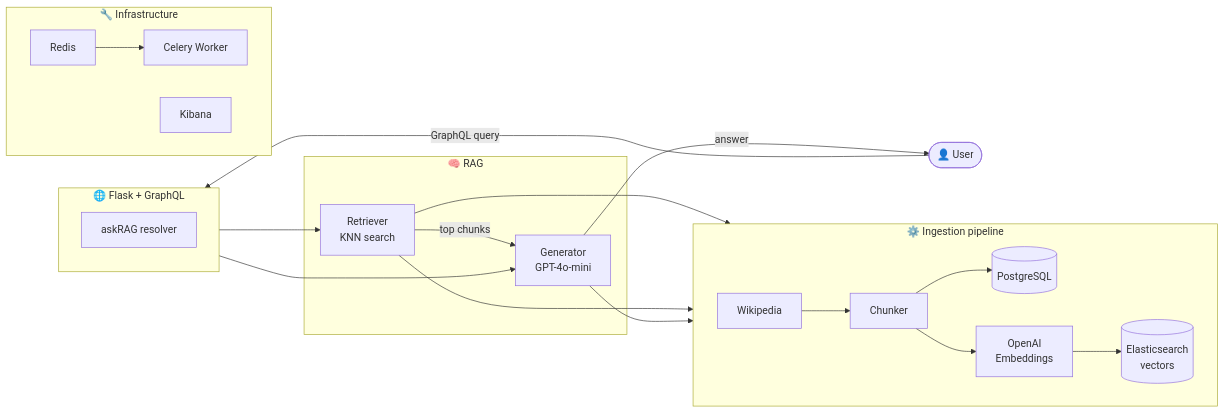
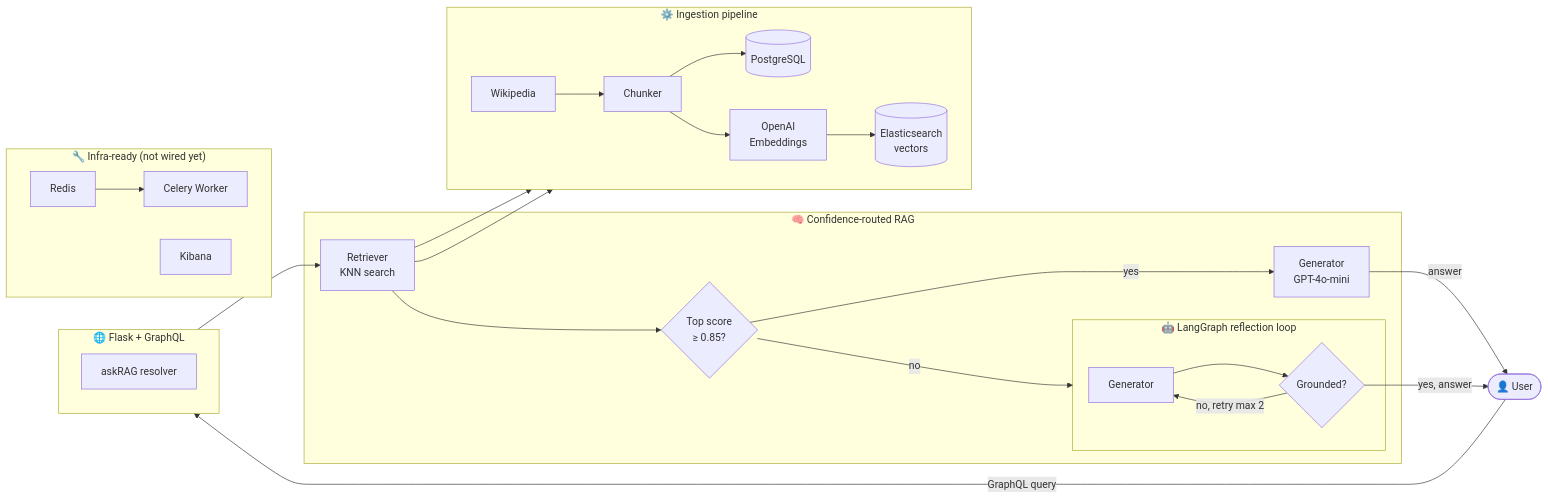
Before and after one commit to lkum11/dubai-explorer-ai: the diagram in README.md, drawn with Mermaid. The commit also changed other lines of this file, not shown here.

````diff
--- a/README.md
+++ b/README.md
@@ -23,36 +26,42 @@
 ```mermaid
 flowchart LR
     User(["👤 User"])
 
     User -->|"GraphQL query"| Flask
 
     subgraph Flask ["🌐 Flask + GraphQL"]
         askRAG["askRAG resolver"]
     end
 
     Flask --> Retriever
-    Flask --> Generator
 
-    subgraph RAG ["🧠 RAG"]
-        Retriever["Retriever\nKNN search"] -->|"top chunks"| Generator["Generator\nGPT-4o-mini"]
+    subgraph RAG ["🧠 Confidence-routed RAG"]
+        Retriever["Retriever\nKNN search"] --> Router{"Top score\n≥ 0.85?"}
+        Router -->|"yes"| Direct["Generator\nGPT-4o-mini"]
+        Router -->|"no"| Agentic
+
+        subgraph Agentic ["🤖 LangGraph reflection loop"]
+            Generator["Generator"] --> Verify{"Grounded?"}
+            Verify -->|"no, retry max 2"| Generator
+        end
     end
 
     Retriever --> ES[("Elasticsearch\nvectors")]
     Retriever --> OpenAI["OpenAI\nEmbeddings"]
-    Generator --> OpenAI
 
-    Generator -->|"answer"| User
+    Direct -->|"answer"| User
+    Verify -->|"yes, answer"| User
 
     subgraph Ingestion ["⚙️ Ingestion pipeline"]
         direction LR
         Wikipedia --> Chunker --> PostgreSQL[("PostgreSQL")]
         Chunker --> OpenAI
         OpenAI --> ES
     end
 
-    subgraph Infra ["🔧 Infrastructure"]
+    subgraph Infra ["🔧 Infra-ready (not wired yet)"]
         direction LR
         Redis --> Celery["Celery Worker"]
         Kibana["Kibana"]
     end
 ```
````
